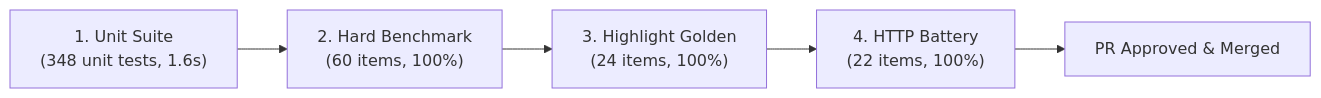
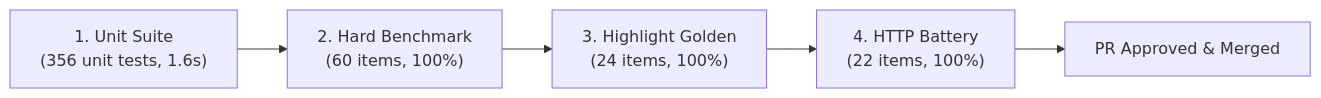
One commit to Skufu/NekoHon changed the third of 4 diagrams in docs/ENGINEERING_AND_BENCHMARKS.md. Above: the diagram before and after it, drawn with Mermaid. The commit also changed other lines of this file and 24 other files, not shown here.

````diff
--- a/docs/ENGINEERING_AND_BENCHMARKS.md
+++ b/docs/ENGINEERING_AND_BENCHMARKS.md
@@ -205,7 +205,7 @@
 ```mermaid
 flowchart LR
-    Unit["1. Unit Suite<br/>(348 unit tests, 1.6s)"] --> Hard["2. Hard Benchmark<br/>(60 items, 100%)"]
+    Unit["1. Unit Suite<br/>(356 unit tests, 1.6s)"] --> Hard["2. Hard Benchmark<br/>(60 items, 100%)"]
     Hard --> High["3. Highlight Golden<br/>(24 items, 100%)"]
     High --> Batt["4. HTTP Battery<br/>(22 items, 100%)"]
     Batt --> PR["PR Approved &amp; Merged"]
 ```
````
